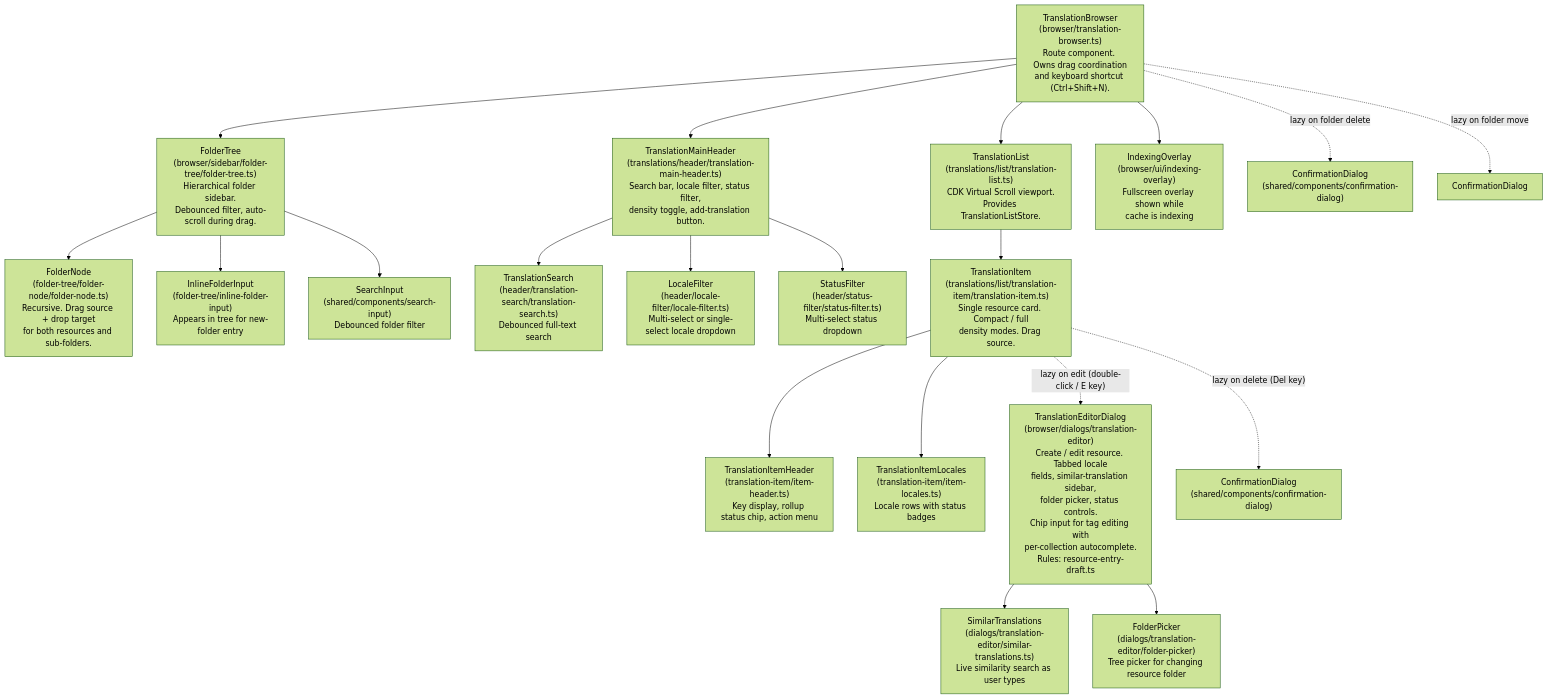
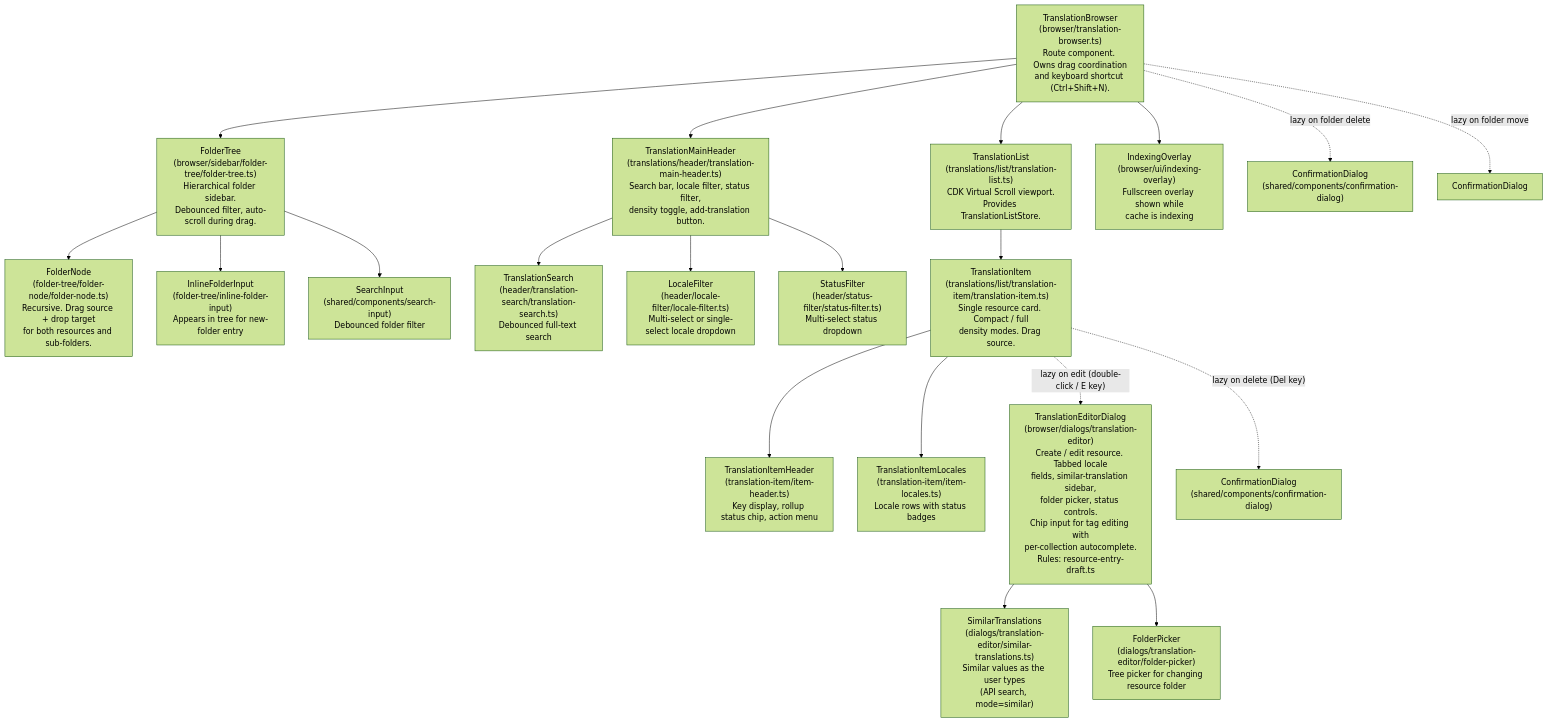
The third of 4 diagrams in architecture-docs/frontend.md (SimonNodel-AI/lingo-tracker), drawn with Mermaid (forest theme) before and after one commit. The commit also changed other lines of this file and 27 other files, not shown here.

````diff
--- a/architecture-docs/frontend.md
+++ b/architecture-docs/frontend.md
@@ -89,34 +89,34 @@
 ```mermaid
 flowchart TD
     TranslationBrowser["TranslationBrowser\n(browser/translation-browser.ts)\nRoute component. Owns drag coordination\nand keyboard shortcut (Ctrl+Shift+N)."]
 
     TranslationBrowser --> FolderTree
     TranslationBrowser --> TranslationMainHeader
     TranslationBrowser --> TranslationList
     TranslationBrowser --> IndexingOverlay["IndexingOverlay\n(browser/ui/indexing-overlay)\nFullscreen overlay shown while\ncache is indexing"]
 
     FolderTree["FolderTree\n(browser/sidebar/folder-tree/folder-tree.ts)\nHierarchical folder sidebar.\nDebounced filter, auto-scroll during drag."]
     FolderTree --> FolderNode["FolderNode\n(folder-tree/folder-node/folder-node.ts)\nRecursive. Drag source + drop target\nfor both resources and sub-folders."]
     FolderTree --> InlineFolderInput["InlineFolderInput\n(folder-tree/inline-folder-input)\nAppears in tree for new-folder entry"]
     FolderTree --> SearchInput["SearchInput\n(shared/components/search-input)\nDebounced folder filter"]
 
     TranslationMainHeader["TranslationMainHeader\n(translations/header/translation-main-header.ts)\nSearch bar, locale filter, status filter,\ndensity toggle, add-translation button."]
     TranslationMainHeader --> TranslationSearch["TranslationSearch\n(header/translation-search/translation-search.ts)\nDebounced full-text search"]
     TranslationMainHeader --> LocaleFilter["LocaleFilter\n(header/locale-filter/locale-filter.ts)\nMulti-select or single-select locale dropdown"]
     TranslationMainHeader --> StatusFilter["StatusFilter\n(header/status-filter/status-filter.ts)\nMulti-select status dropdown"]
 
     TranslationList["TranslationList\n(translations/list/translation-list.ts)\nCDK Virtual Scroll viewport.\nProvides TranslationListStore."]
     TranslationList --> TranslationItem["TranslationItem\n(translations/list/translation-item/translation-item.ts)\nSingle resource card. Compact / full\ndensity modes. Drag source."]
     TranslationItem --> TranslationItemHeader["TranslationItemHeader\n(translation-item/item-header.ts)\nKey display, rollup status chip, action menu"]
     TranslationItem --> TranslationItemLocales["TranslationItemLocales\n(translation-item/item-locales.ts)\nLocale rows with status badges"]
 
     TranslationItem -. "lazy on edit (double-click / E key)" .-> TranslationEditorDialog
     TranslationItem -. "lazy on delete (Del key)" .-> ConfirmationDialog2["ConfirmationDialog\n(shared/components/confirmation-dialog)"]
 
     TranslationEditorDialog["TranslationEditorDialog\n(browser/dialogs/translation-editor)\nCreate / edit resource. Tabbed locale\nfields, similar-translation sidebar,\nfolder picker, status controls.\nChip input for tag editing with\nper-collection autocomplete.\nRules: resource-entry-draft.ts"]
-    TranslationEditorDialog --> SimilarTranslations["SimilarTranslations\n(dialogs/translation-editor/similar-translations.ts)\nLive similarity search as user types"]
+    TranslationEditorDialog --> SimilarTranslations["SimilarTranslations\n(dialogs/translation-editor/similar-translations.ts)\nSimilar values as the user types\n(API search, mode=similar)"]
     TranslationEditorDialog --> FolderPicker["FolderPicker\n(dialogs/translation-editor/folder-picker)\nTree picker for changing resource folder"]
 
     TranslationBrowser -. "lazy on folder delete" .-> ConfirmationDialog3["ConfirmationDialog\n(shared/components/confirmation-dialog)"]
     TranslationBrowser -. "lazy on folder move" .-> ConfirmationDialog4["ConfirmationDialog"]
 ```
````
